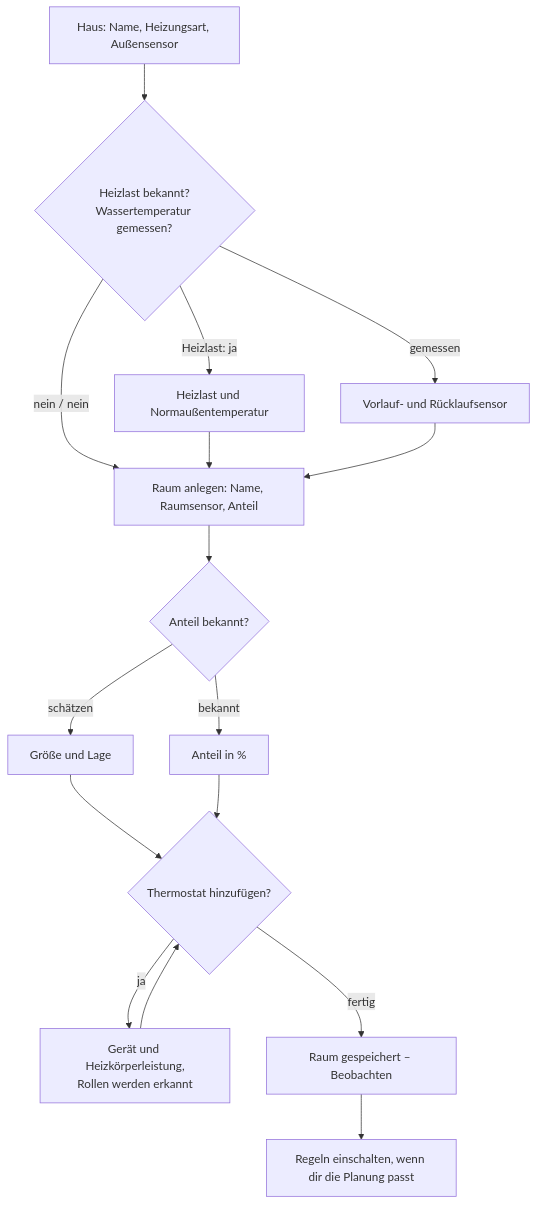
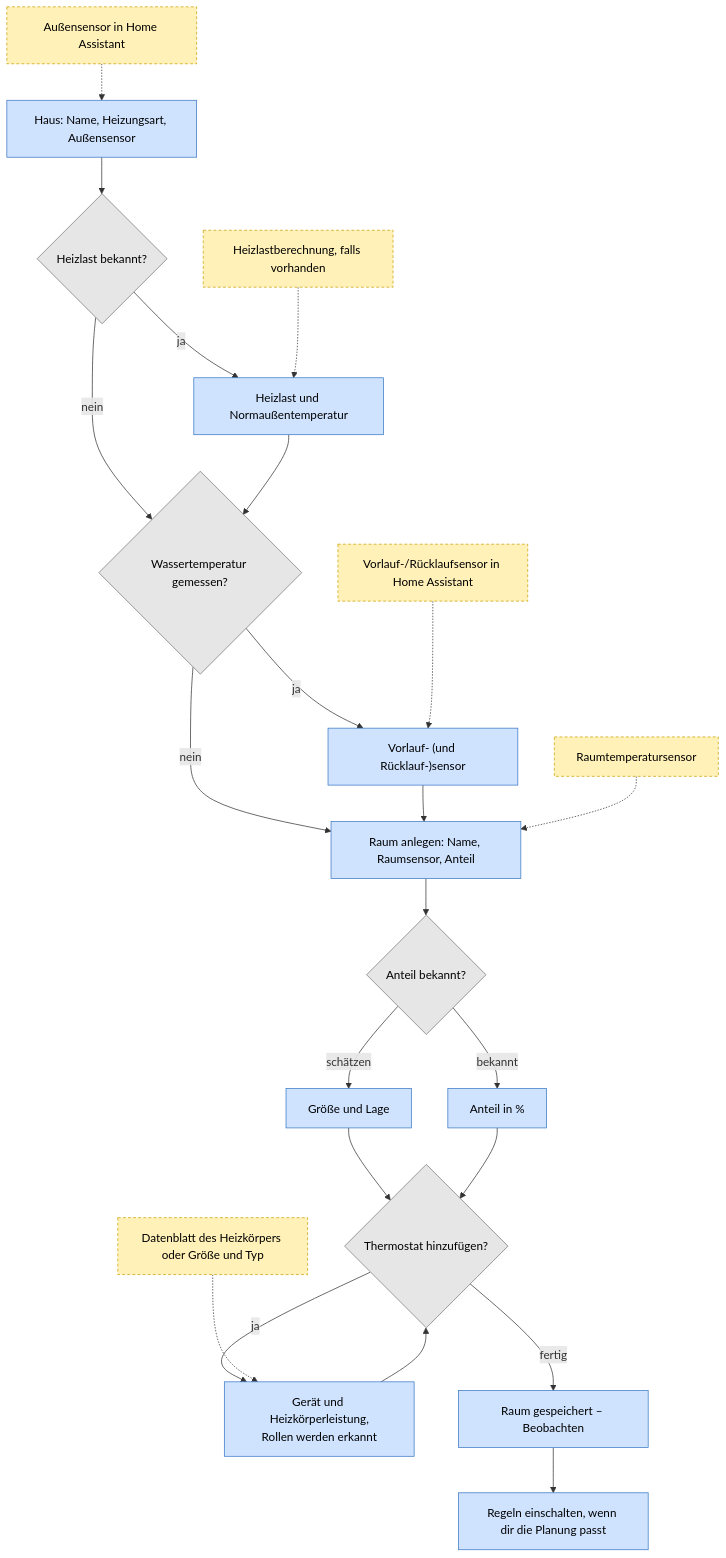
One commit to mschmiedel/thermogeist changed the diagram in docs/de/getting-started.md. Above: the diagram before and after it, drawn with Mermaid. The commit also changed other lines of this file and 1 other file, not shown here.

Commit message:
Docs: clearer setup diagram (separate questions, colours for steps, answers and preparation)

````diff
--- a/docs/de/getting-started.md
+++ b/docs/de/getting-started.md
@@ -25,18 +26,32 @@
 ```mermaid
 flowchart TD
-    A["Haus: Name, Heizungsart, Außensensor"] --> B{"Heizlast bekannt?<br/>Wassertemperatur gemessen?"}
-    B -- "Heizlast: ja" --> C["Heizlast und Normaußentemperatur"]
-    B -- "gemessen" --> D["Vorlauf- und Rücklaufsensor"]
-    B -- "nein / nein" --> E
-    C --> E
-    D --> E["Raum anlegen: Name, Raumsensor, Anteil"]
-    E --> F{"Anteil bekannt?"}
-    F -- "schätzen" --> G["Größe und Lage"]
-    F -- "bekannt" --> H["Anteil in %"]
-    G --> I{"Thermostat hinzufügen?"}
-    H --> I
-    I -- "ja" --> J["Gerät und Heizkörperleistung,<br/>Rollen werden erkannt"]
-    J --> I
-    I -- "fertig" --> K["Raum gespeichert – Beobachten"]
-    K --> L["Regeln einschalten, wenn dir die Planung passt"]
+    A["Haus: Name, Heizungsart, Außensensor"] --> B{"Heizlast bekannt?"}
+    B -- "ja" --> C["Heizlast und Normaußentemperatur"]
+    B -- "nein" --> D
+    C --> D{"Wassertemperatur gemessen?"}
+    D -- "ja" --> E["Vorlauf- (und Rücklauf-)sensor"]
+    D -- "nein" --> F
+    E --> F["Raum anlegen: Name, Raumsensor, Anteil"]
+    F --> G{"Anteil bekannt?"}
+    G -- "schätzen" --> H["Größe und Lage"]
+    G -- "bekannt" --> I["Anteil in %"]
+    H --> J{"Thermostat hinzufügen?"}
+    I --> J
+    J -- "ja" --> K["Gerät und Heizkörperleistung,<br/>Rollen werden erkannt"]
+    K --> J
+    J -- "fertig" --> L["Raum gespeichert – Beobachten"]
+    L --> M["Regeln einschalten, wenn dir die Planung passt"]
+
+    P1["Außensensor in Home Assistant"] -.-> A
+    P2["Heizlastberechnung, falls vorhanden"] -.-> C
+    P3["Vorlauf-/Rücklaufsensor in Home Assistant"] -.-> E
+    P4["Raumtemperatursensor"] -.-> F
+    P5["Datenblatt des Heizkörpers oder Größe und Typ"] -.-> K
+
+    classDef step fill:#cfe3ff,stroke:#3b78c4,color:#000
+    classDef ask fill:#e6e6e6,stroke:#777,color:#000
+    classDef prep fill:#fff1b8,stroke:#c9a200,color:#000,stroke-dasharray: 4 3
+    class A,C,E,F,H,I,K,L,M step
+    class B,D,G,J ask
+    class P1,P2,P3,P4,P5 prep
 ```
````
